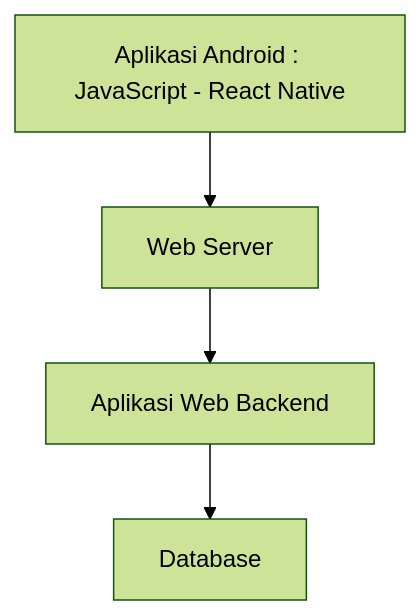
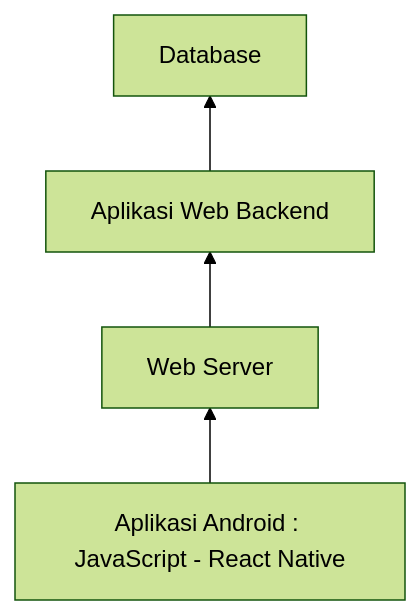
One commit to fauzanashshidiq/pengenalaninformatika-jahitku changed the second of 2 diagrams in uts-job-interview.md. Above: the diagram before and after it, drawn with Mermaid (forest theme). The commit also changed other lines of this file, not shown here.

````diff
--- a/uts-job-interview.md
+++ b/uts-job-interview.md
@@ -64,10 +64,10 @@
 ```mermaid
-flowchart TD
+flowchart BT
     line4["Database"]
     line3["Aplikasi Web Backend"]    
     line2["Web Server"]
     line1["Aplikasi Android : JavaScript - React Native"]
     line1 --> line2
     line2 --> line3
     line3 --> line4
 ```
````
